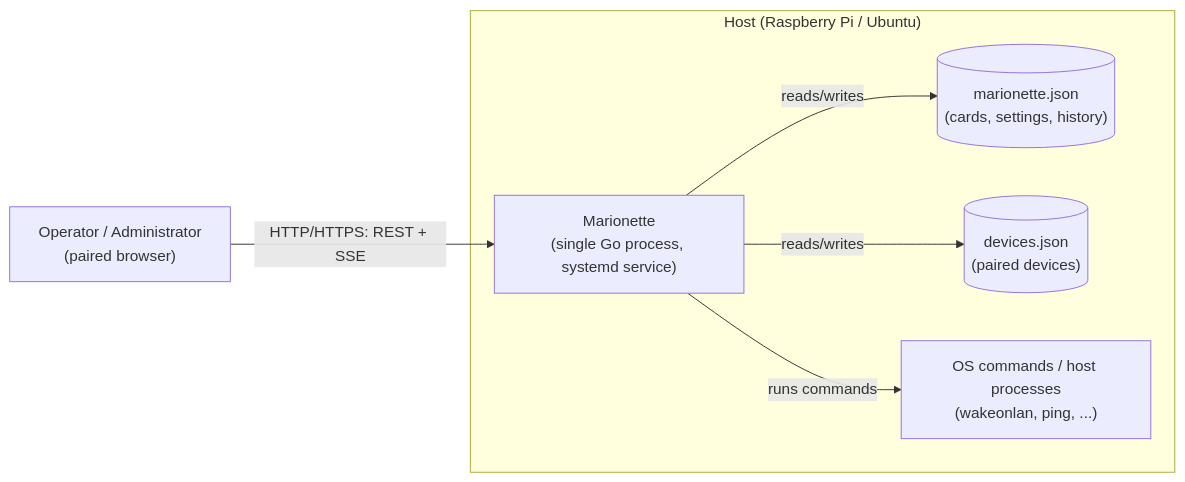
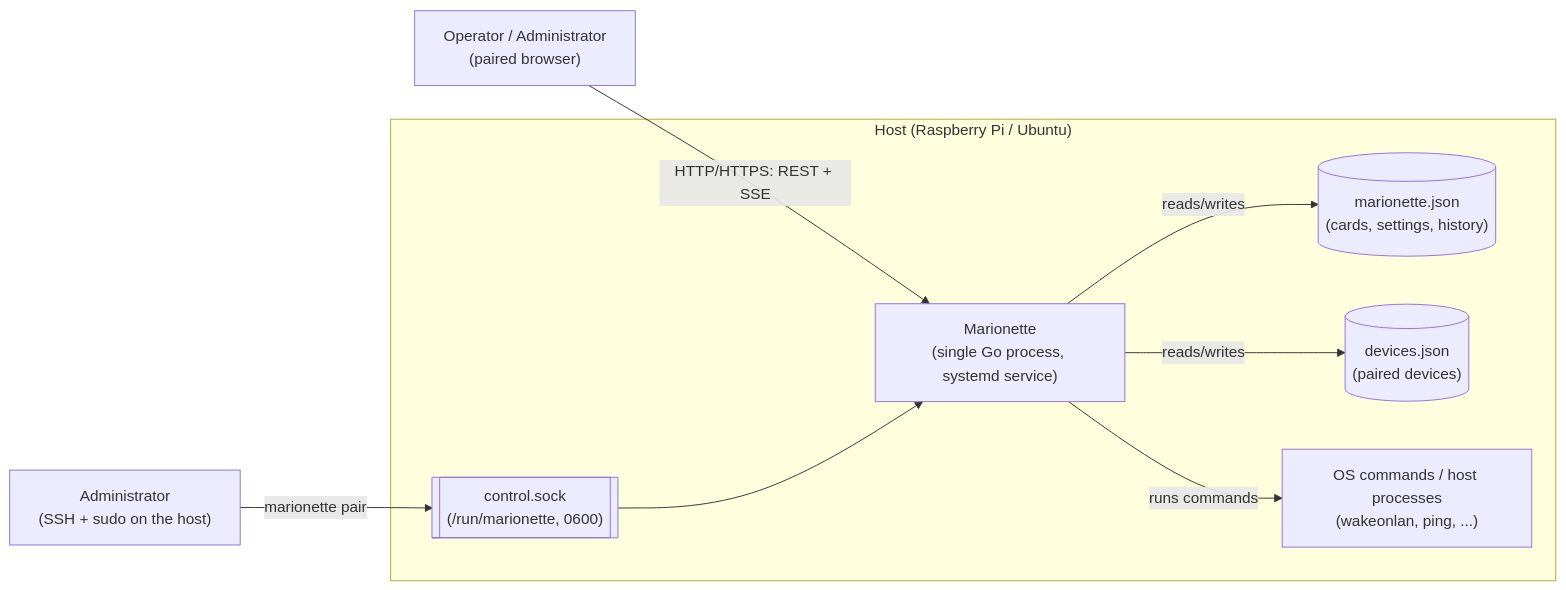
The diagram in docs/architecture/overview.md (vnevoral/marionette), drawn with Mermaid before and after one commit. The commit also changed other lines of this file and 28 other files, not shown here.

First line of the commit message:
feat: get a pairing code on the host with `marionette pair`

````diff
--- a/docs/architecture/overview.md
+++ b/docs/architecture/overview.md
@@ -5,12 +5,15 @@
 ```mermaid
 flowchart LR
     Operator["Operator / Administrator\n(paired browser)"] -->|HTTP/HTTPS: REST + SSE| Marionette
+    Admin["Administrator\n(SSH + sudo on the host)"] -->|marionette pair| ControlSocket
     subgraph Host["Host (Raspberry Pi / Ubuntu)"]
         Marionette["Marionette\n(single Go process, systemd service)"]
+        ControlSocket[["control.sock\n(/run/marionette, 0600)"]]
+        ControlSocket --> Marionette
         ConfigFile[("marionette.json\n(cards, settings, history)")]
         DevicesFile[("devices.json\n(paired devices)")]
         Marionette -->|reads/writes| ConfigFile
         Marionette -->|reads/writes| DevicesFile
         Marionette -->|runs commands| OS["OS commands / host processes\n(wakeonlan, ping, ...)"]
     end
 ```
````
